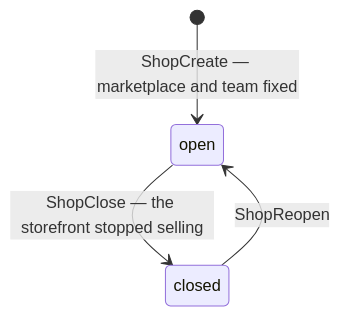
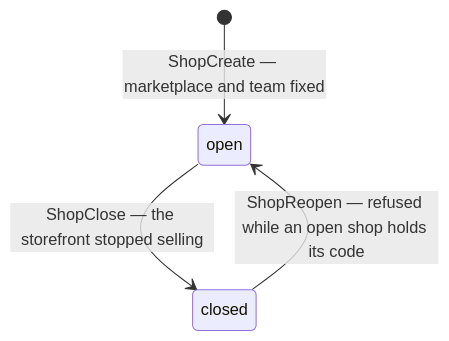
Before and after one commit to pdcgo/warehouse_revamp: the second of 4 diagrams in docs/business/shop/context_clarify.md, drawn with Mermaid. The commit also changed other lines of this file and 1 other file, not shown here.

First line of the commit message:
shop: elaborate Q3 - close only, only new selling refused, five parts

````diff
--- a/docs/business/shop/context_clarify.md
+++ b/docs/business/shop/context_clarify.md
@@ -94,6 +95,6 @@
 ```mermaid
 stateDiagram-v2
   [*] --> open: ShopCreate — marketplace and team fixed
   open --> closed: ShopClose — the storefront stopped selling
-  closed --> open: ShopReopen
+  closed --> open: ShopReopen — refused while an open shop holds its code
 ```
````
